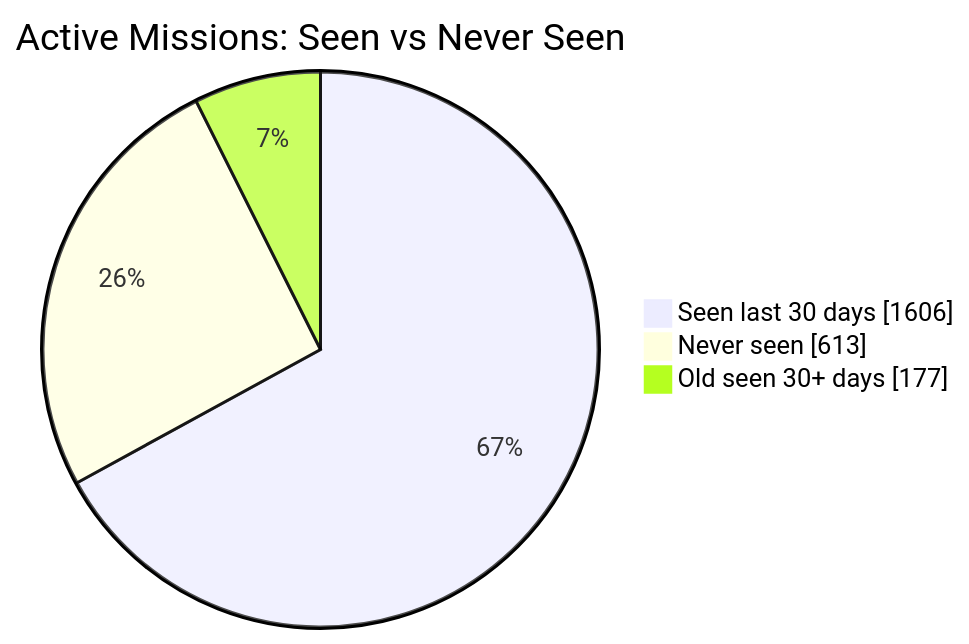
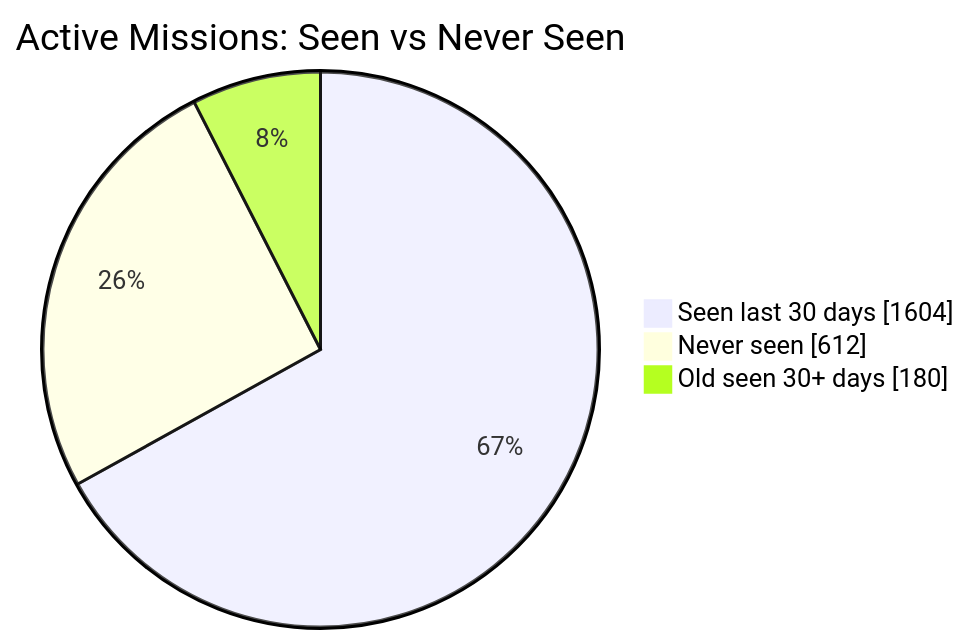
The first of 2 diagrams in README.md (MeldkamerspelGameTeam/active-missions), drawn with Mermaid before and after one commit. The commit also changed other lines of this file and 4 other files, not shown here.

````diff
--- a/README.md
+++ b/README.md
@@ -34,7 +34,7 @@
 ```mermaid
 pie showData
     title Active Missions: Seen vs Never Seen
-    "Seen last 30 days" : 1606
-    "Never seen" : 613
-    "Old seen 30+ days" : 177
+    "Seen last 30 days" : 1604
+    "Never seen" : 612
+    "Old seen 30+ days" : 180
 ```
````
